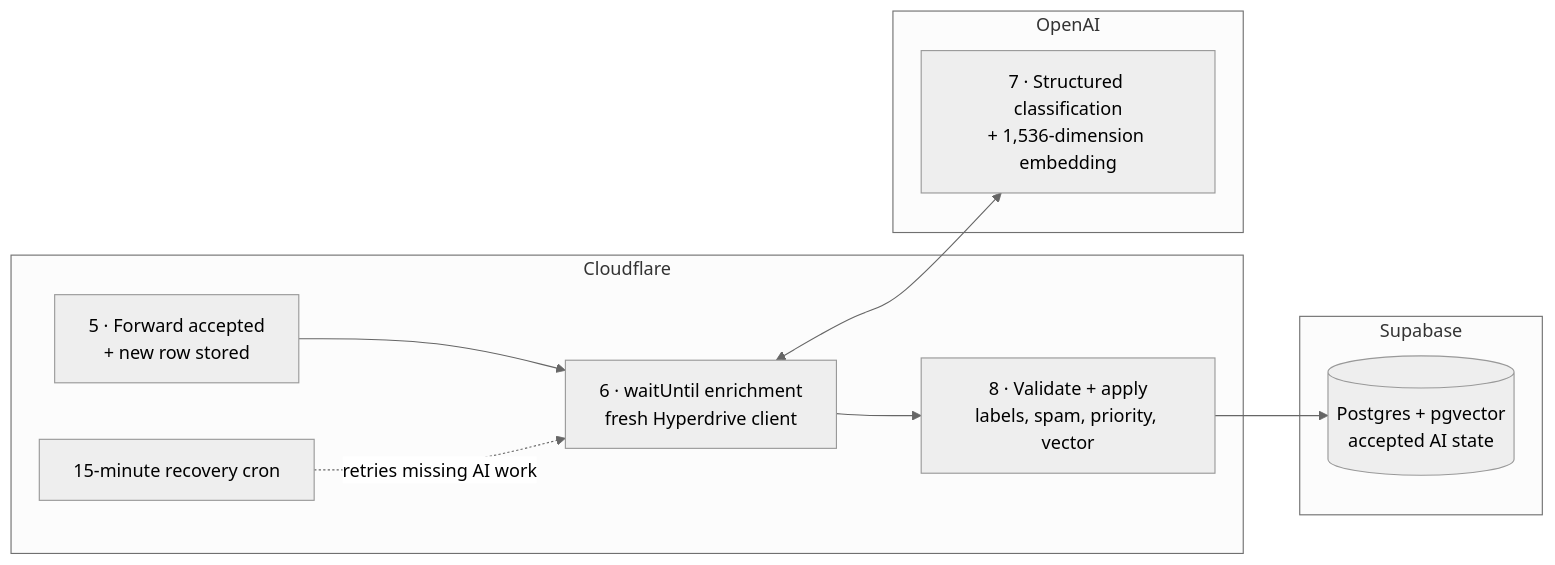
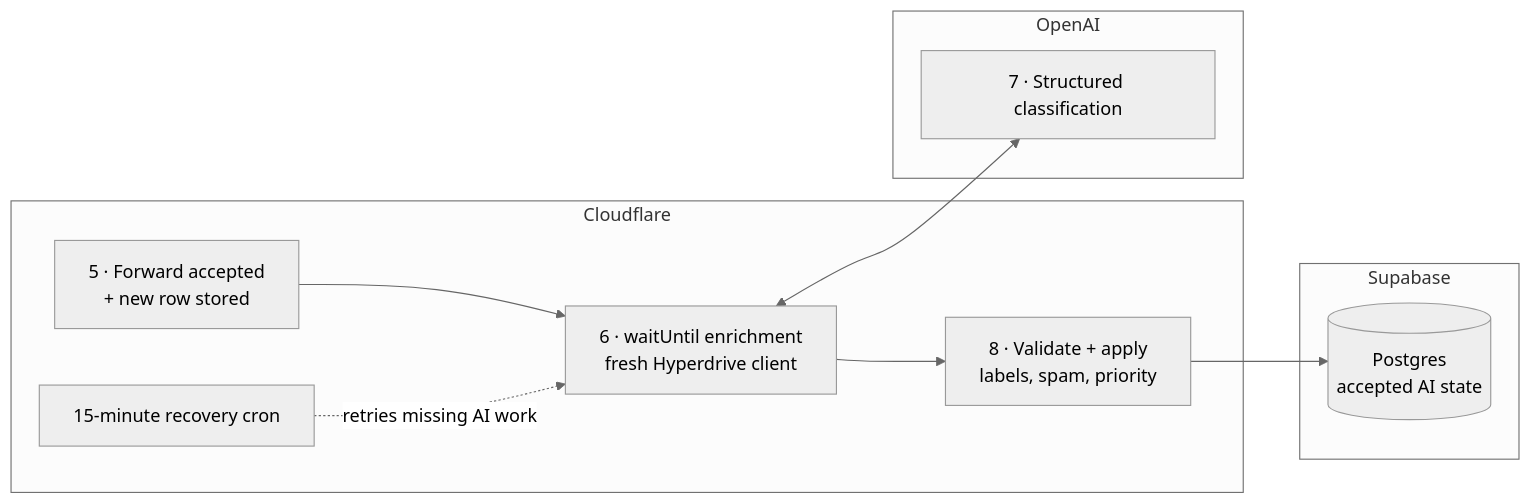
The fourth of 7 diagrams in docs/01-architecture.mdx (allistera/Cookie-Docs), drawn with Mermaid (neutral theme) before and after one commit. The commit also changed other lines of this file and 6 other files, not shown here.

````diff
--- a/docs/01-architecture.mdx
+++ b/docs/01-architecture.mdx
@@ -106,24 +107,24 @@
 ```mermaid
 flowchart LR
     subgraph CF["Cloudflare"]
         Delivered["5 · Forward accepted<br/>+ new row stored"]
         Recovery["15-minute recovery cron"]
         Enrich["6 · waitUntil enrichment<br/>fresh Hyperdrive client"]
-        Apply["8 · Validate + apply<br/>labels, spam, priority, vector"]
+        Apply["8 · Validate + apply<br/>labels, spam, priority"]
 
         Delivered --> Enrich
         Recovery -. retries missing AI work .-> Enrich
         Enrich --> Apply
     end
 
     subgraph OpenAI["OpenAI"]
-        AI["7 · Structured classification<br/>+ 1,536-dimension embedding"]
+        AI["7 · Structured classification"]
     end
 
     subgraph Supabase["Supabase"]
-        DB[("Postgres + pgvector<br/>accepted AI state")]
+        DB[("Postgres<br/>accepted AI state")]
     end
 
     Enrich <--> AI
     Apply --> DB
 ```
````
